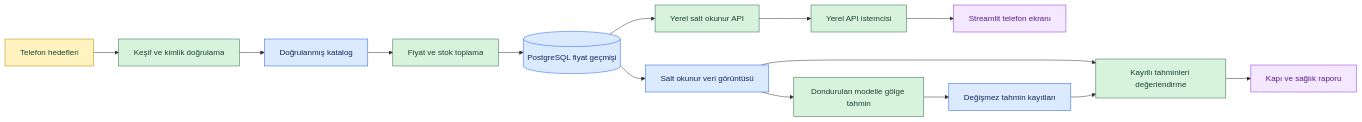
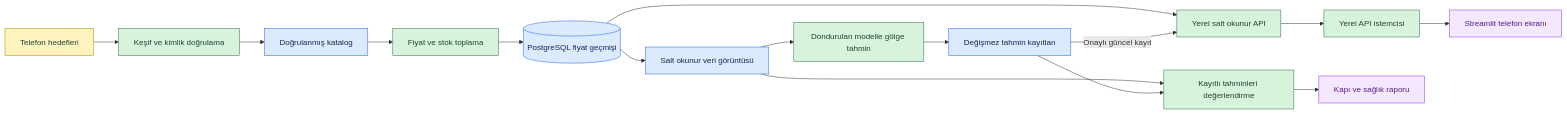
One commit to Emir-Ars/Urun-indirim-takip changed the first of 2 diagrams in README.md. Above: the diagram before and after it, drawn with Mermaid. The commit also changed other lines of this file and 8 other files, not shown here.

````diff
--- a/README.md
+++ b/README.md
@@ -49,24 +49,25 @@
 ```mermaid
 flowchart LR
     A["Telefon hedefleri"] --> B["Keşif ve kimlik doğrulama"]
     B --> C["Doğrulanmış katalog"]
     C --> D["Fiyat ve stok toplama"]
     D --> E[("PostgreSQL fiyat geçmişi")]
     E --> F["Yerel salt okunur API"]
     F --> G["Yerel API istemcisi"]
     G --> H["Streamlit telefon ekranı"]
     E --> I["Salt okunur veri görüntüsü"]
     I --> J["Dondurulan modelle gölge tahmin"]
     J --> K["Değişmez tahmin kayıtları"]
     I --> L["Kayıtlı tahminleri değerlendirme"]
     K --> L
+    K -->|Onaylı güncel kayıt| F
     L --> M["Kapı ve sağlık raporu"]
     classDef targets fill:#fff3bf,stroke:#b08900,color:#1b4332
     classDef processing fill:#d8f3dc,stroke:#2d6a4f,color:#1b4332
     classDef records fill:#dbeafe,stroke:#2563eb,color:#172554
     classDef preview fill:#f3e8ff,stroke:#9333ea,color:#581c87
     class A targets
     class B,D,F,G,J,L processing
     class C,E,I,K records
     class H,M preview
 ```
````
